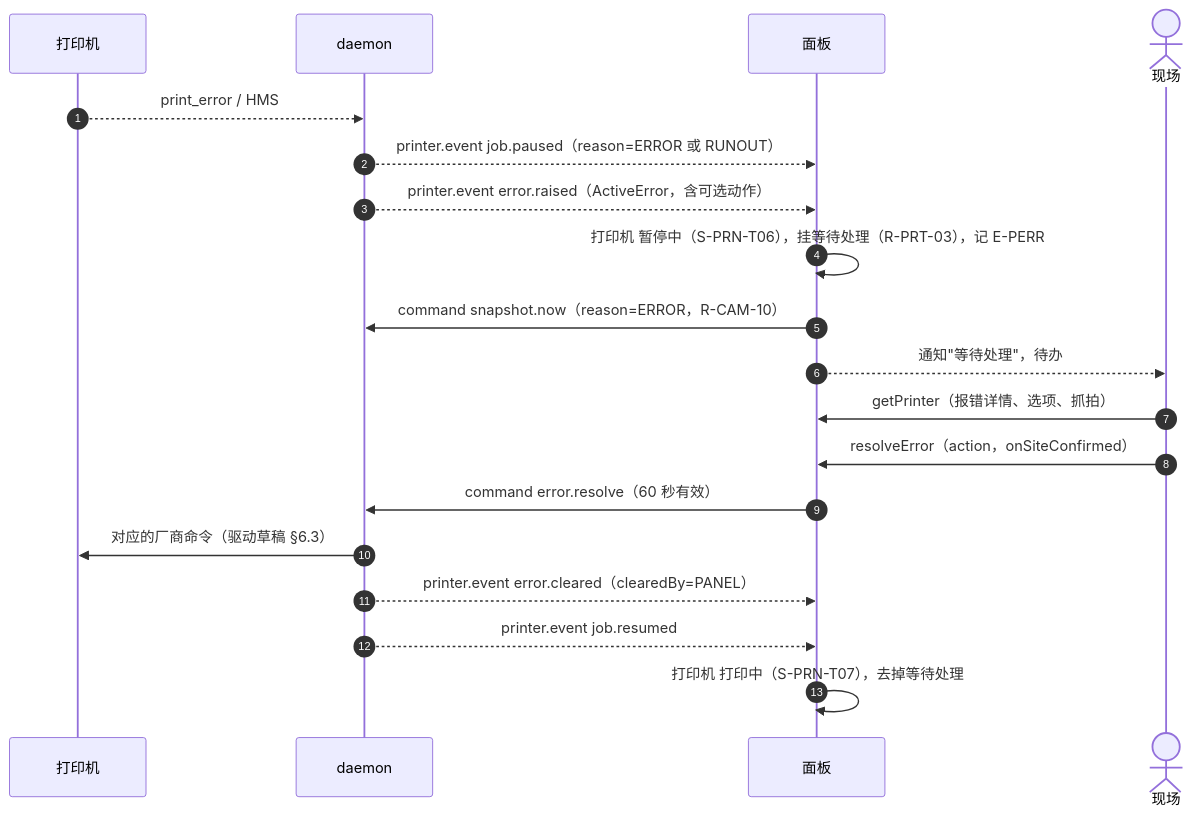
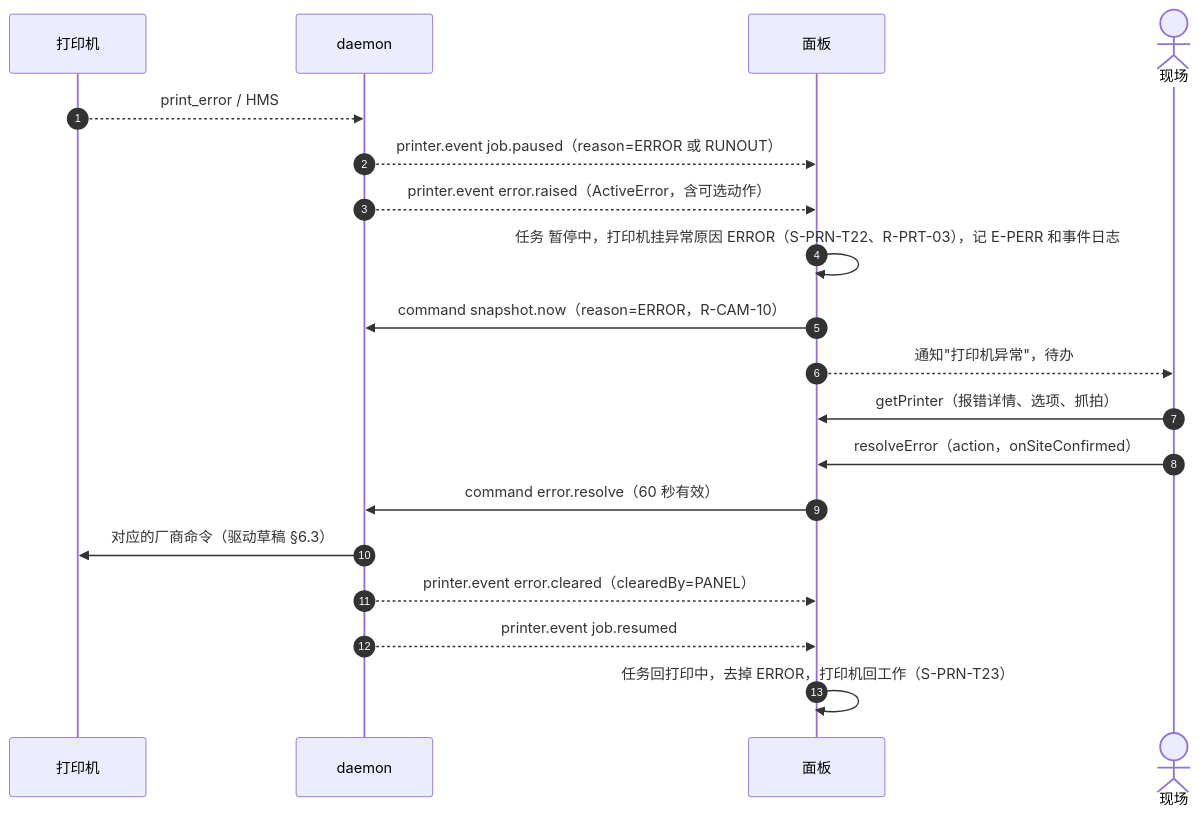
The fifth of 11 diagrams in docs/design/03-sequences.md (PlateRelay/PlateRelay), drawn with Mermaid before and after one commit. The commit also changed other lines of this file and 4 other files, not shown here.

First line of the commit message:
docs(design): update sequences and clean up references to removed rules in second draft

````diff
--- a/docs/design/03-sequences.md
+++ b/docs/design/03-sequences.md
@@ -209,21 +209,21 @@
 ```mermaid
 sequenceDiagram
   autonumber
   participant R as 打印机
   participant D as daemon
   participant P as 面板
   actor S as 现场
   R-->>D: print_error / HMS
   D-->>P: printer.event job.paused（reason=ERROR 或 RUNOUT）
   D-->>P: printer.event error.raised（ActiveError，含可选动作）
-  P->>P: 打印机 暂停中（S-PRN-T06），挂等待处理（R-PRT-03），记 E-PERR
+  P->>P: 任务 暂停中，打印机挂异常原因 ERROR（S-PRN-T22、R-PRT-03），记 E-PERR 和事件日志
   P->>D: command snapshot.now（reason=ERROR，R-CAM-10）
-  P-->>S: 通知"等待处理"，待办
+  P-->>S: 通知"打印机异常"，待办
   S->>P: getPrinter（报错详情、选项、抓拍）
   S->>P: resolveError（action，onSiteConfirmed）
   P->>D: command error.resolve（60 秒有效）
   D->>R: 对应的厂商命令（驱动草稿 §6.3）
   D-->>P: printer.event error.cleared（clearedBy=PANEL）
   D-->>P: printer.event job.resumed
-  P->>P: 打印机 打印中（S-PRN-T07），去掉等待处理
+  P->>P: 任务回打印中，去掉 ERROR，打印机回工作（S-PRN-T23）
 ```
````
